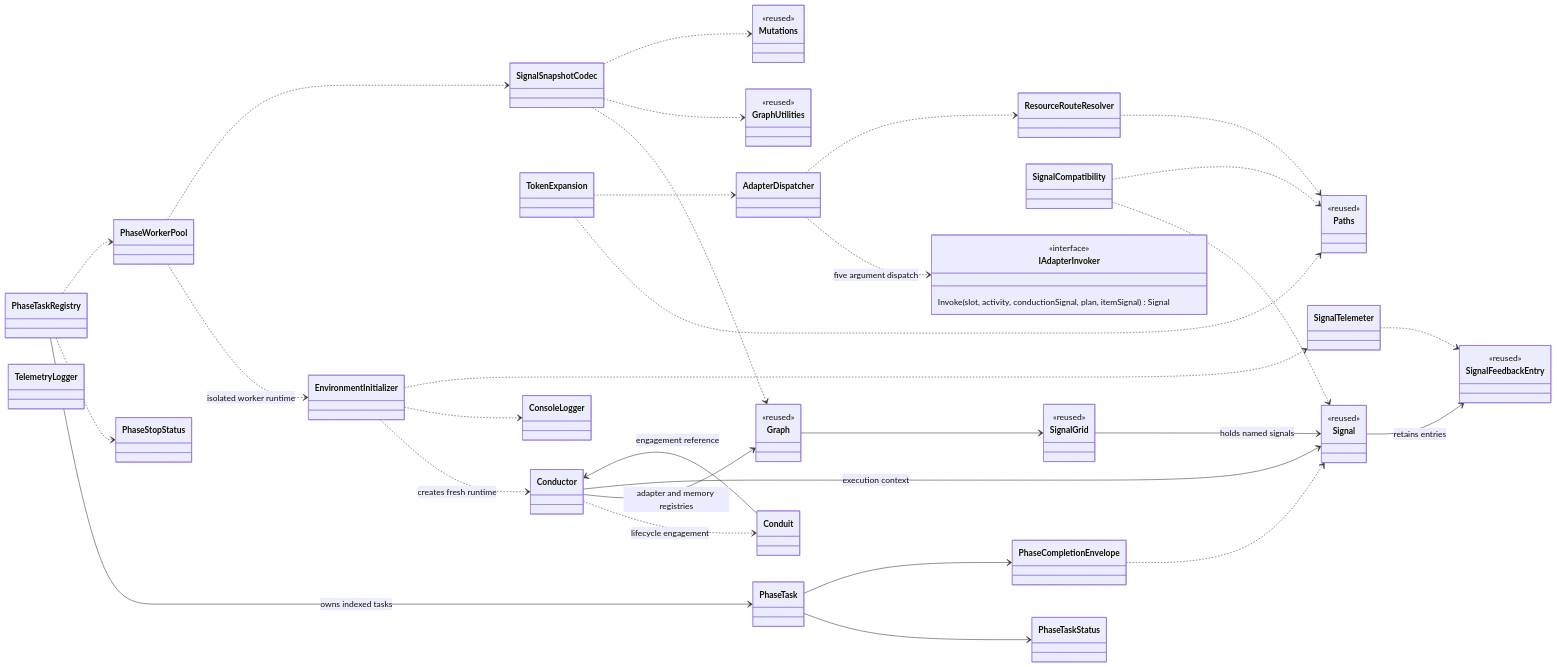
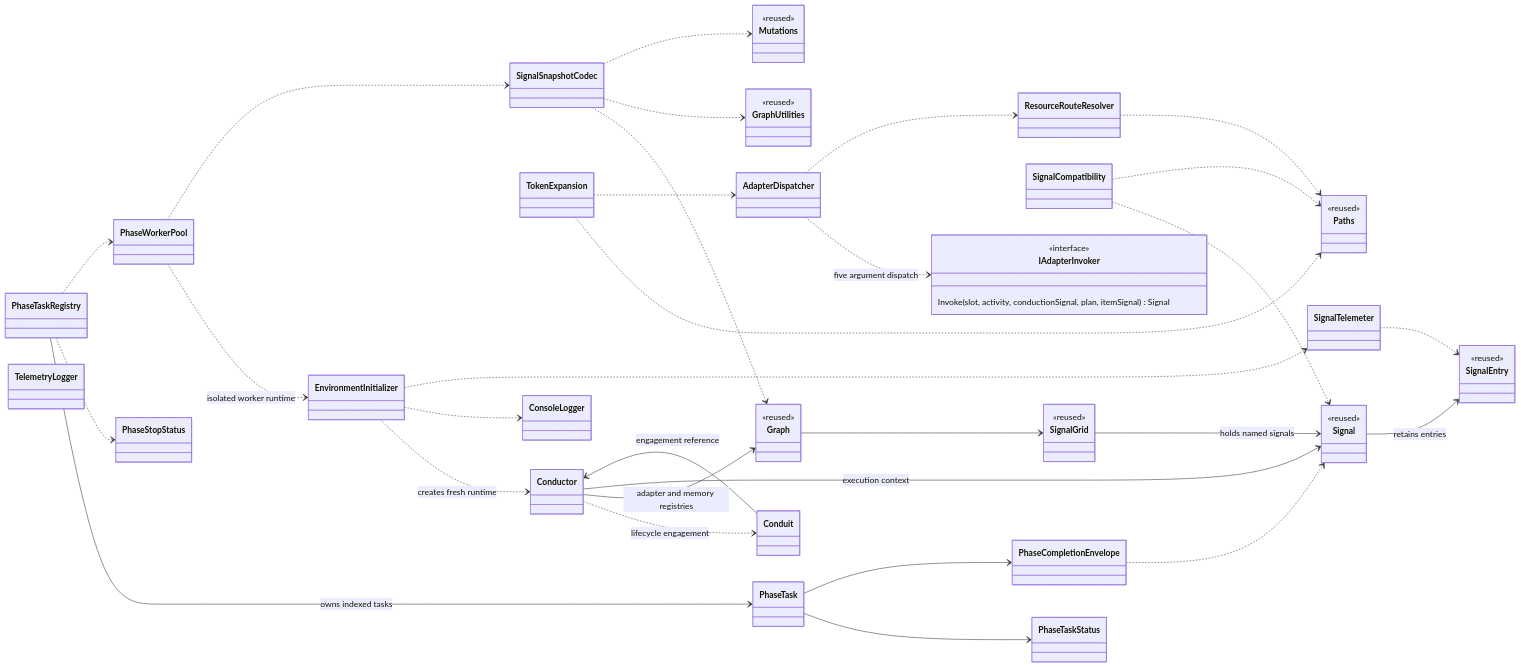
Before and after one commit to B-D-D-B/SovereignTrust.Foundation: the first of 4 diagrams in Documentation/Projects/ST-CSharp-Class-Design.md, drawn with Mermaid. The commit also changed other lines of this file and 262 other files, not shown here.

````diff
--- a/Documentation/Projects/ST-CSharp-Class-Design.md
+++ b/Documentation/Projects/ST-CSharp-Class-Design.md
@@ -15,75 +19,75 @@
 ```mermaid
 classDiagram
 direction LR
 class EnvironmentInitializer
 class Conductor
 class Conduit
 class AdapterDispatcher
 class IAdapterInvoker {
   <<interface>>
   Invoke(slot, activity, conductionSignal, plan, itemSignal) Signal
 }
 class SignalCompatibility
 class ResourceRouteResolver
 class TokenExpansion
 class PhaseTaskRegistry
 class PhaseTask
 class PhaseTaskStatus
 class PhaseStopStatus
 class PhaseCompletionEnvelope
 class PhaseWorkerPool
 class SignalSnapshotCodec
 class ConsoleLogger
 class TelemetryLogger
 class SignalTelemeter
 class Signal {
   <<reused>>
 }
 class Graph {
   <<reused>>
 }
 class SignalGrid {
   <<reused>>
 }
-class SignalFeedbackEntry {
+class SignalEntry {
   <<reused>>
 }
 class Paths {
   <<reused>>
 }
 class Mutations {
   <<reused>>
 }
 class GraphUtilities {
   <<reused>>
 }
 EnvironmentInitializer ..> Conductor : creates fresh runtime
 Conductor ..> Conduit : lifecycle engagement
 Conductor --> Graph : adapter and memory registries
 Conductor --> Signal : execution context
 Conduit --> Conductor : engagement reference
 AdapterDispatcher ..> IAdapterInvoker : five argument dispatch
 AdapterDispatcher ..> ResourceRouteResolver
 SignalCompatibility ..> Signal
 SignalCompatibility ..> Paths
 ResourceRouteResolver ..> Paths
 TokenExpansion ..> Paths
 TokenExpansion ..> AdapterDispatcher
 PhaseTaskRegistry --> PhaseTask : owns indexed tasks
 PhaseTask --> PhaseTaskStatus
 PhaseTask --> PhaseCompletionEnvelope
 PhaseCompletionEnvelope ..> Signal
 PhaseTaskRegistry ..> PhaseStopStatus
 PhaseTaskRegistry ..> PhaseWorkerPool
 PhaseWorkerPool ..> EnvironmentInitializer : isolated worker runtime
 PhaseWorkerPool ..> SignalSnapshotCodec
 SignalSnapshotCodec ..> Graph
 SignalSnapshotCodec ..> GraphUtilities
 SignalSnapshotCodec ..> Mutations
 Graph --> SignalGrid
 SignalGrid --> Signal : holds named signals
-Signal --> SignalFeedbackEntry : retains entries
-SignalTelemeter ..> SignalFeedbackEntry
+Signal --> SignalEntry : retains entries
+SignalTelemeter ..> SignalEntry
 EnvironmentInitializer ..> ConsoleLogger
 EnvironmentInitializer ..> SignalTelemeter
 ```
````
